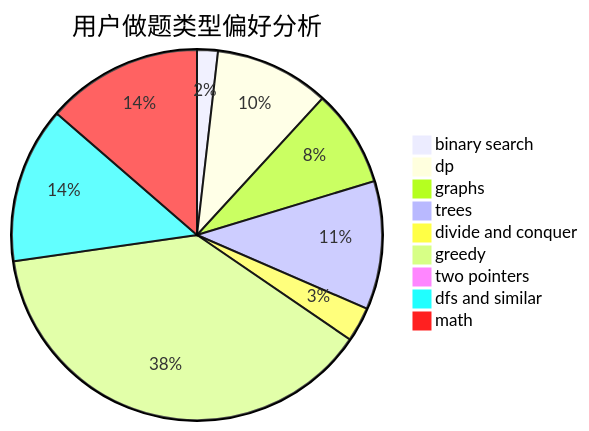
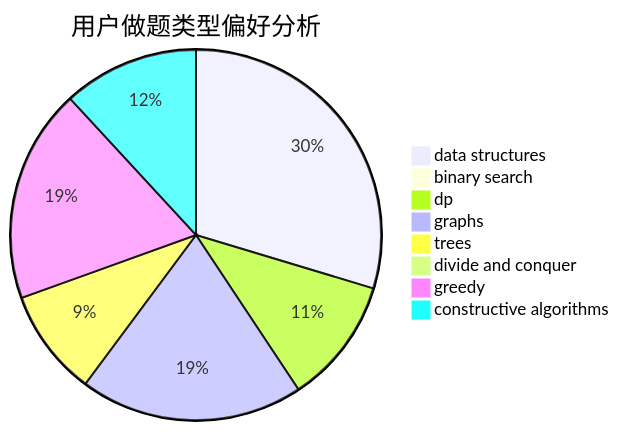
Before and after one commit to sherpahu/cfrs.github.io: the second of 3 diagrams in docs/user/u1220.md, drawn with Mermaid. The commit also changed other lines of this file and 2775 other files, not shown here.

````diff
--- a/docs/user/u1220.md
+++ b/docs/user/u1220.md
@@ -23,12 +23,11 @@
 ```mermaid
 pie title 用户做题类型偏好分析
-    "binary search" :  6
-    "dp" :  33
-    "graphs" :  28
-    "trees" :  37
-    "divide and conquer" :  10
-    "greedy" :  126
-    "two pointers" :  0
-    "dfs and similar" :  45
-    "math" :  45
+    "data structures" :  35
+    "binary search" :  0
+    "dp" :  13
+    "graphs" :  23
+    "trees" :  11
+    "divide and conquer" :  0
+    "greedy" :  22
+    "constructive algorithms" :  14
 ```
````
